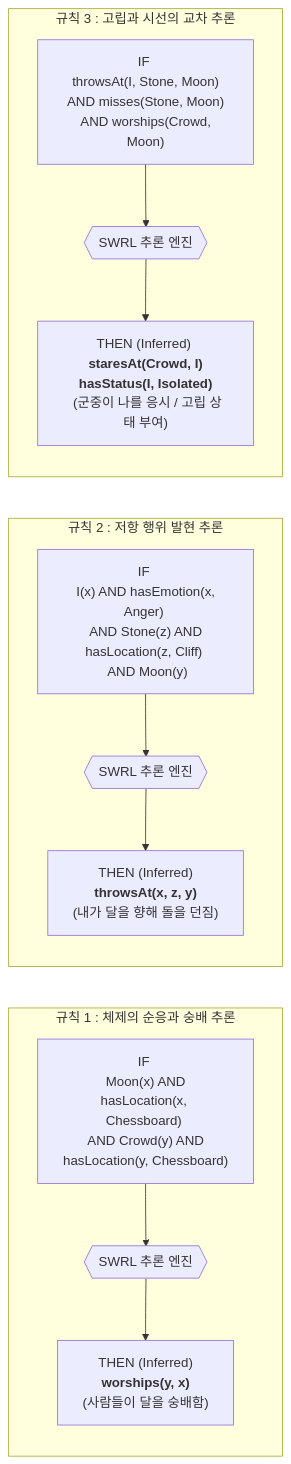
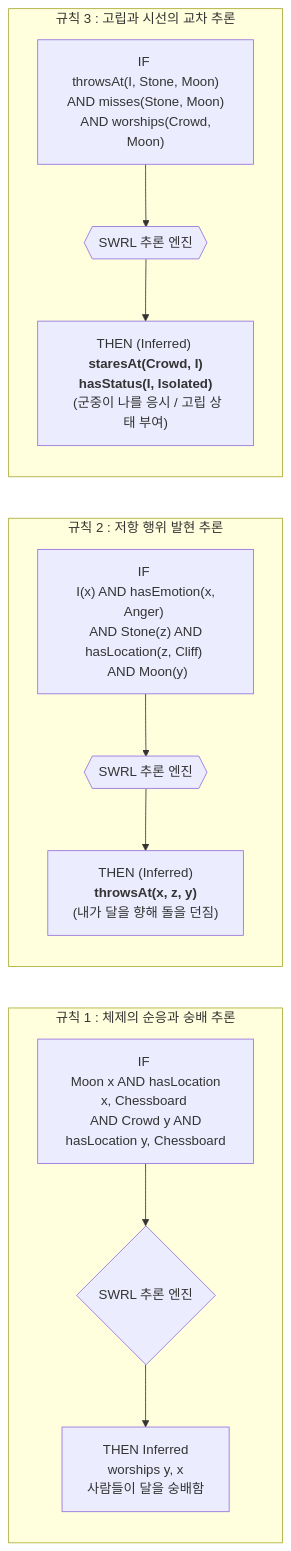
One commit to hamnYK/eduContextOn changed the second of 3 diagrams in index.md. Above: the diagram before and after it, drawn with Mermaid. The commit also changed other lines of this file and 2 other files, not shown here.

```diff
--- a/index.md
+++ b/index.md
@@ -55,26 +55,26 @@
       <div class="mermaid">
 graph LR
     subgraph Rule_1 [규칙 1 : 체제의 순응과 숭배 추론]
-        R1_Cond["IF <br> Moon(x) AND hasLocation(x, Chessboard) <br> AND Crowd(y) AND hasLocation(y, Chessboard)"]
-        R1_Engine{{SWRL 추론 엔진}}
-        R1_Result["THEN (Inferred) <br> <b>worships(y, x)</b> <br> (사람들이 달을 숭배함)"]
+        R1_Cond[IF <br> Moon x AND hasLocation x, Chessboard <br> AND Crowd y AND hasLocation y, Chessboard]
+        R1_Engine{SWRL 추론 엔진}
+        R1_Result[THEN Inferred <br> worships y, x <br> 사람들이 달을 숭배함]
         
         R1_Cond --> R1_Engine --> R1_Result
     end
 
     subgraph Rule_2 [규칙 2 : 저항 행위 발현 추론]
         R2_Cond["IF <br> I(x) AND hasEmotion(x, Anger) <br> AND Stone(z) AND hasLocation(z, Cliff) <br> AND Moon(y)"]
         R2_Engine{{SWRL 추론 엔진}}
         R2_Result["THEN (Inferred) <br> <b>throwsAt(x, z, y)</b> <br> (내가 달을 향해 돌을 던짐)"]
         
         R2_Cond --> R2_Engine --> R2_Result
     end
 
     subgraph Rule_3 [규칙 3 : 고립과 시선의 교차 추론]
         R3_Cond["IF <br> throwsAt(I, Stone, Moon) <br> AND misses(Stone, Moon) <br> AND worships(Crowd, Moon)"]
         R3_Engine{{SWRL 추론 엔진}}
         R3_Result["THEN (Inferred) <br> <b>staresAt(Crowd, I)</b> <br> <b>hasStatus(I, Isolated)</b> <br> (군중이 나를 응시 / 고립 상태 부여)"]
         
         R3_Cond --> R3_Engine --> R3_Result
     end
       </div>
```
